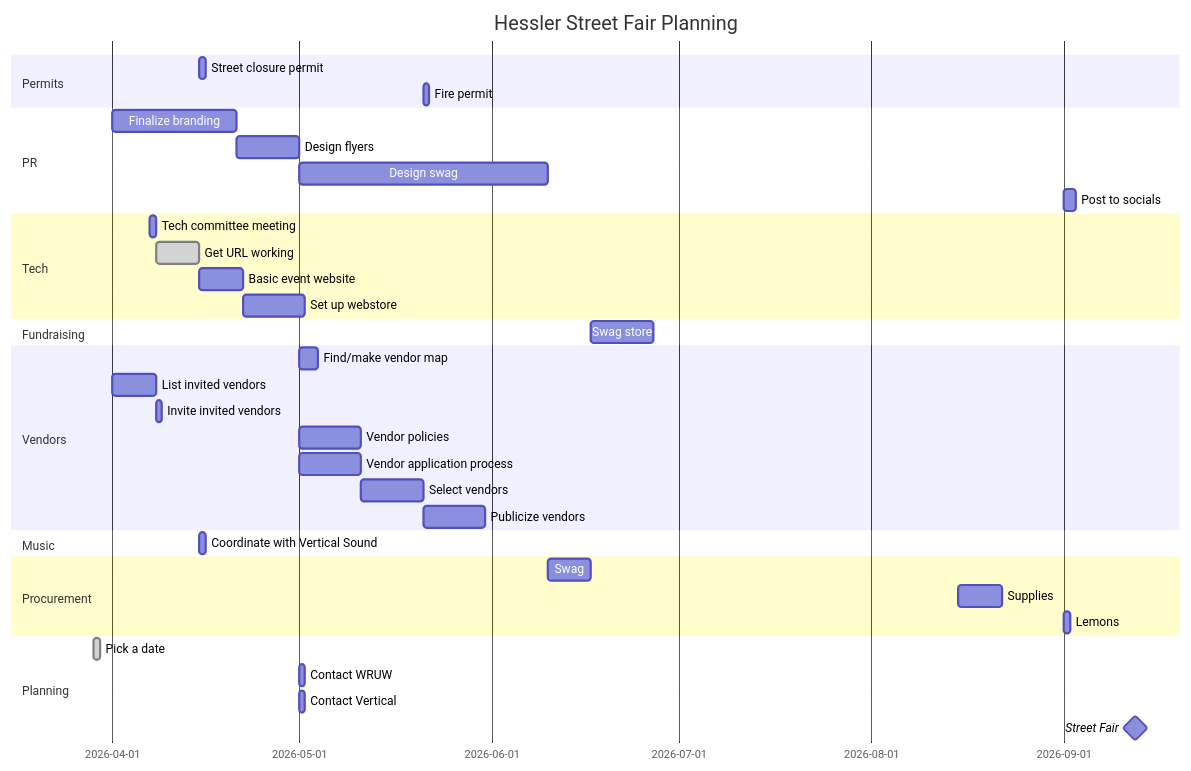
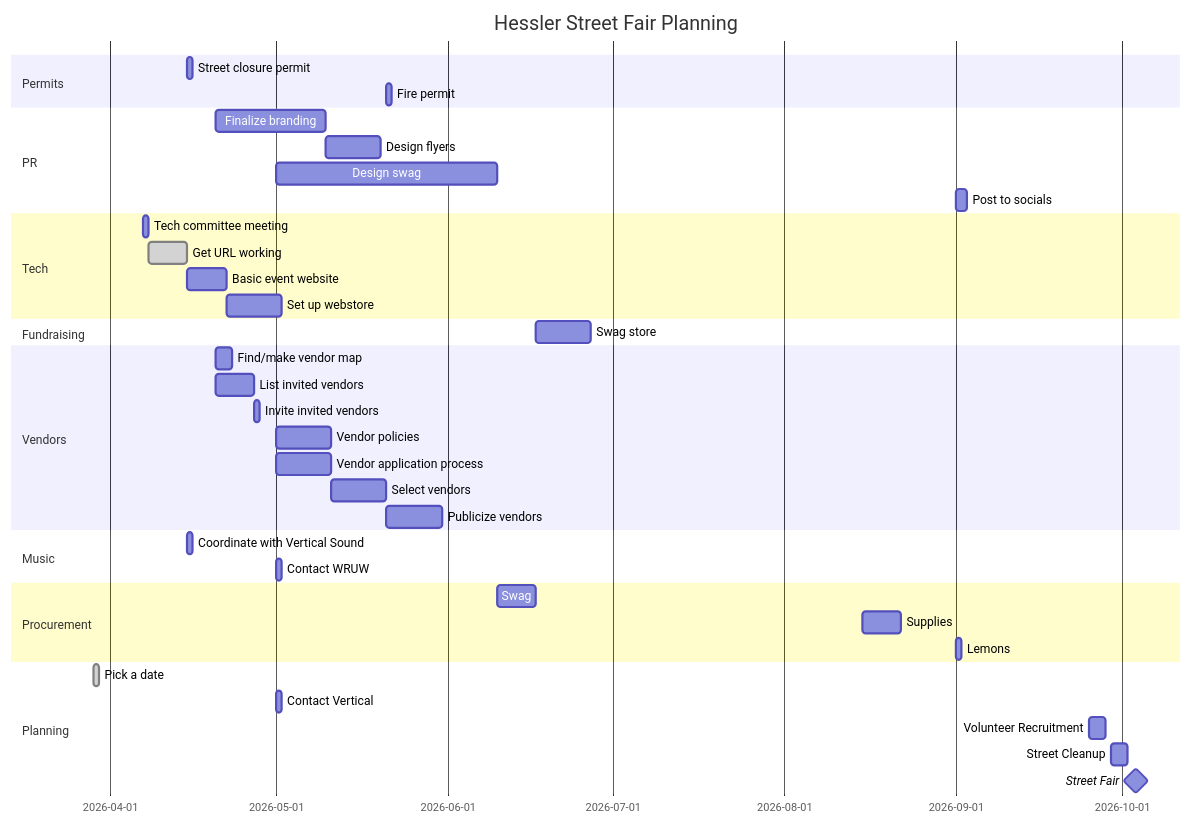
One commit to KCollins/KCollins.github.io changed the diagram in files/fairplan.md. Above: the diagram before and after it, drawn with Mermaid.

````diff
--- a/files/fairplan.md
+++ b/files/fairplan.md
@@ -1,41 +1,43 @@
 ```mermaid
 gantt
     title  Hessler Street Fair Planning
     dateFormat YYYY-MM-DD
     section Permits
             Street closure permit    :streetpermit, 2026-04-15, 1d
             Fire permit    :firepermit, after vendorselect, 1d
 
     section PR
-            Finalize branding : brand, 2026-04-01, 20d
+            Finalize branding : brand, 2026-04-20, 20d
             Design flyers : flyers, after brand, 10d
             Design swag    : designswag, 2026-05-01, 40d
             Post to socials: socials, 2026-09-01, 2d
     section Tech
             Tech committee meeting: techmeet, 2026-04-07, 1d
             Get URL working:done, url, after techmeet, 7d
             Basic event website: basicsite, after url, 7d
             Set up webstore: webstore, after basicsite, 10d
     section Fundraising
             Swag store    :req, after designswag webstore swag, 10d
     section Vendors
-            Find/make vendor map: vendormap, 2026-05-01, 3d
-            List invited vendors: invitelist, 2026-04-01, 7d
+            Find/make vendor map: vendormap, 2026-04-20, 3d
+            List invited vendors: invitelist, 2026-04-20, 7d
             Invite invited vendors: invite, after invitelist, 1d
             Vendor policies: policy, 2026-05-01, 10d
             Vendor application process: vendorapp, 2026-05-01, 10d
             Select vendors: vendorselect, after vendorapp, 10d
             Publicize vendors: vendor-announce, after vendorselect, 10d
     section Music
             Coordinate with Vertical Sound    :vertical, 2026-04-15, 1d
+            Contact WRUW: wruw, 2026-05-01, 1d
     section Procurement
             Swag:   swag, after designswag, 7d
             Supplies: supplies, 2026-08-15, 7d
             Lemons: lemons, 2026-09-01, 1d
     section Planning
             Pick a date :done, pick, 2026-03-29, 1d
-            Contact WRUW: wruw, 2026-05-01, 1d
             Contact Vertical: vertical, 2026-05-01, 1d
-            Street Fair        :milestone, streetfair, 2026-09-12, 1d
+            Volunteer Recruitment: recruit, 2026-09-25, 3d
+            Street Cleanup: cleanup, 2026-09-29, 3d
+            Street Fair        :milestone, streetfair, 2026-10-03, 1d
 
 ```
````
